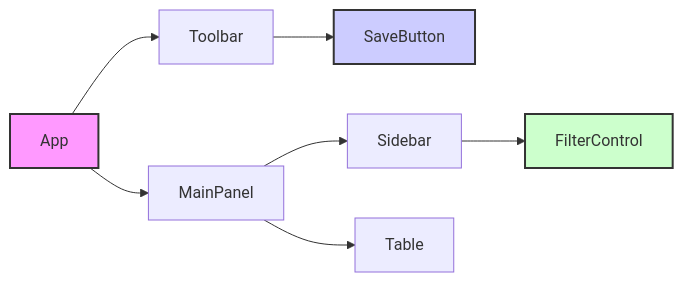
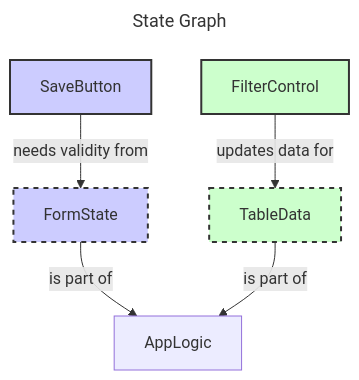
One commit to fschutt/azul changed the second of 7 diagrams in doc/guide/architecture.md. Above: the diagram before and after it, drawn with Mermaid.

Commit message:
Revise architecture and state graph diagrams
Updated visual representations of application architecture and state management using mermaid diagrams. Removed redundant visual tree diagram.

````diff
--- a/doc/guide/architecture.md
+++ b/doc/guide/architecture.md
@@ -37,15 +38,20 @@
 ```mermaid
-graph LR
-    v_App[App] --> v_Toolbar[Toolbar] & v_MainPanel[MainPanel]
-    v_Toolbar --> v_SaveButton[SaveButton]
-    v_MainPanel --> v_Sidebar[Sidebar] & v_Table[Table]
-    v_Sidebar --> v_FilterControl[FilterControl]
+---
+title: State Graph
+---
+graph TD
+    s_SaveButton[SaveButton] -- "needs validity from" --> s_FormState[FormState]
+    s_FilterControl[FilterControl] -- "updates data for" --> s_TableData[TableData]
+    s_FormState -- "is part of" --> s_AppLogic[AppLogic]
+    s_TableData -- "is part of" --> s_AppLogic
 
-    classDef app fill:#f9f,stroke:#333,stroke-width:2px
     classDef button fill:#ccf,stroke:#333,stroke-width:2px
     classDef control fill:#cfc,stroke:#333,stroke-width:2px
+    classDef state fill:#ccf,stroke:#333,stroke-width:2px,stroke-dasharray: 5 5
+    classDef data fill:#cfc,stroke:#333,stroke-width:2px,stroke-dasharray: 5 5
 
-    class v_App app
-    class v_SaveButton button
-    class v_FilterControl control
+    class s_SaveButton button
+    class s_FilterControl control
+    class s_FormState state
+    class s_TableData data
 ```
````
